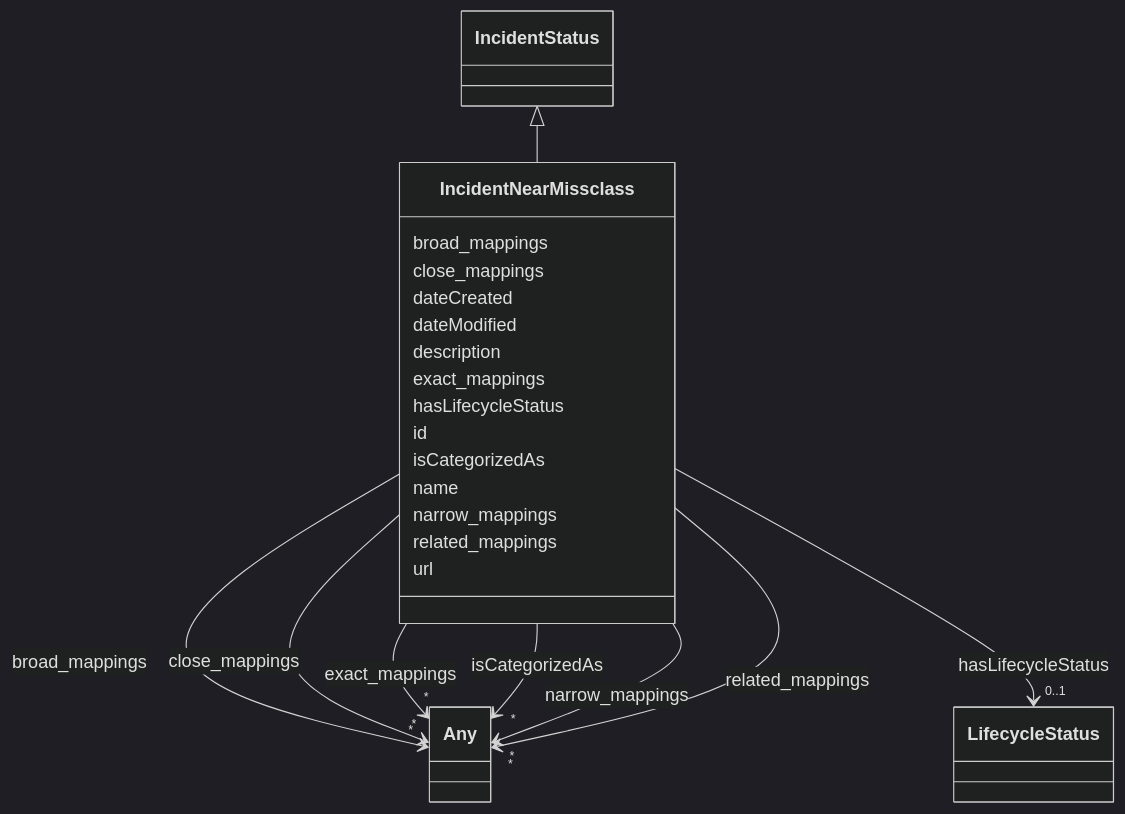
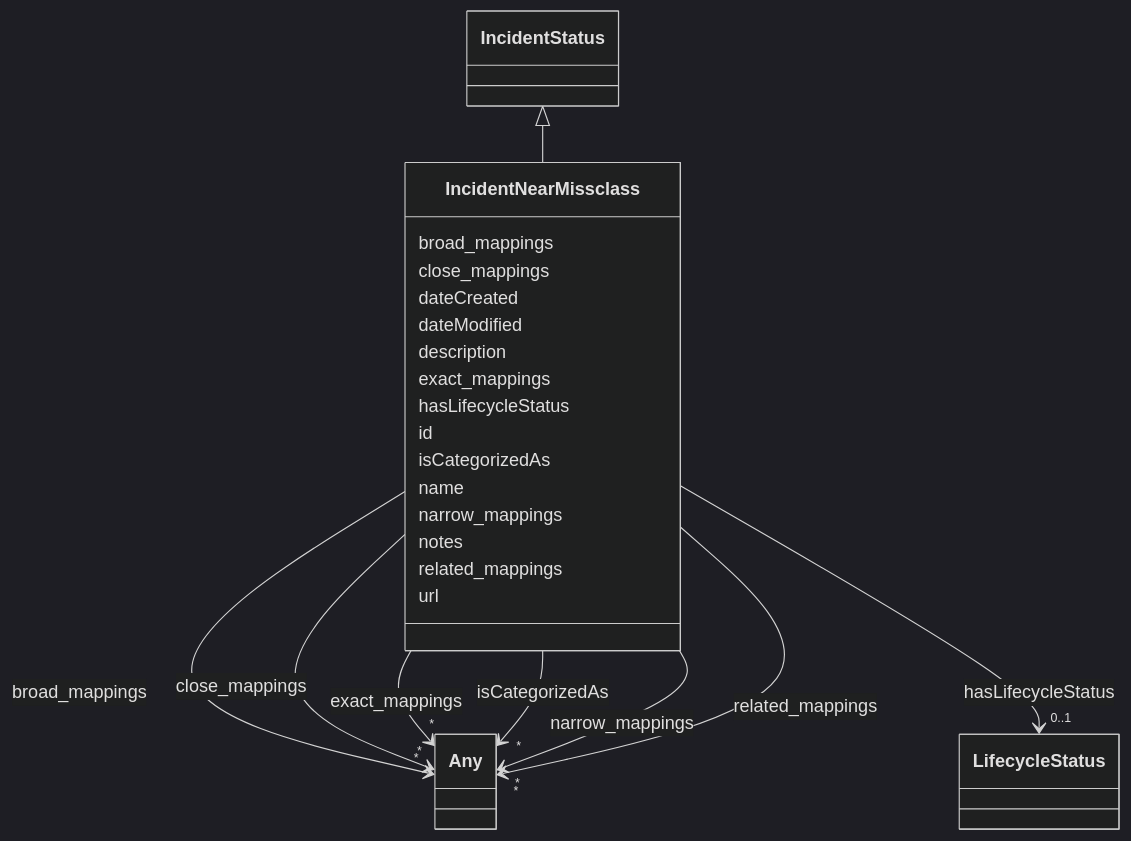
Before and after one commit to ingelise/risk-atlas-nexus: the diagram in docs/ontology/IncidentNearMissclass.md, drawn with Mermaid (dark theme). The commit also changed other lines of this file and 318 other files, not shown here.

```diff
--- a/docs/ontology/IncidentNearMissclass.md
+++ b/docs/ontology/IncidentNearMissclass.md
@@ -92,6 +92,8 @@
 
 
 
+      IncidentNearMissclass : notes
+
       IncidentNearMissclass : related_mappings
 
 
```
